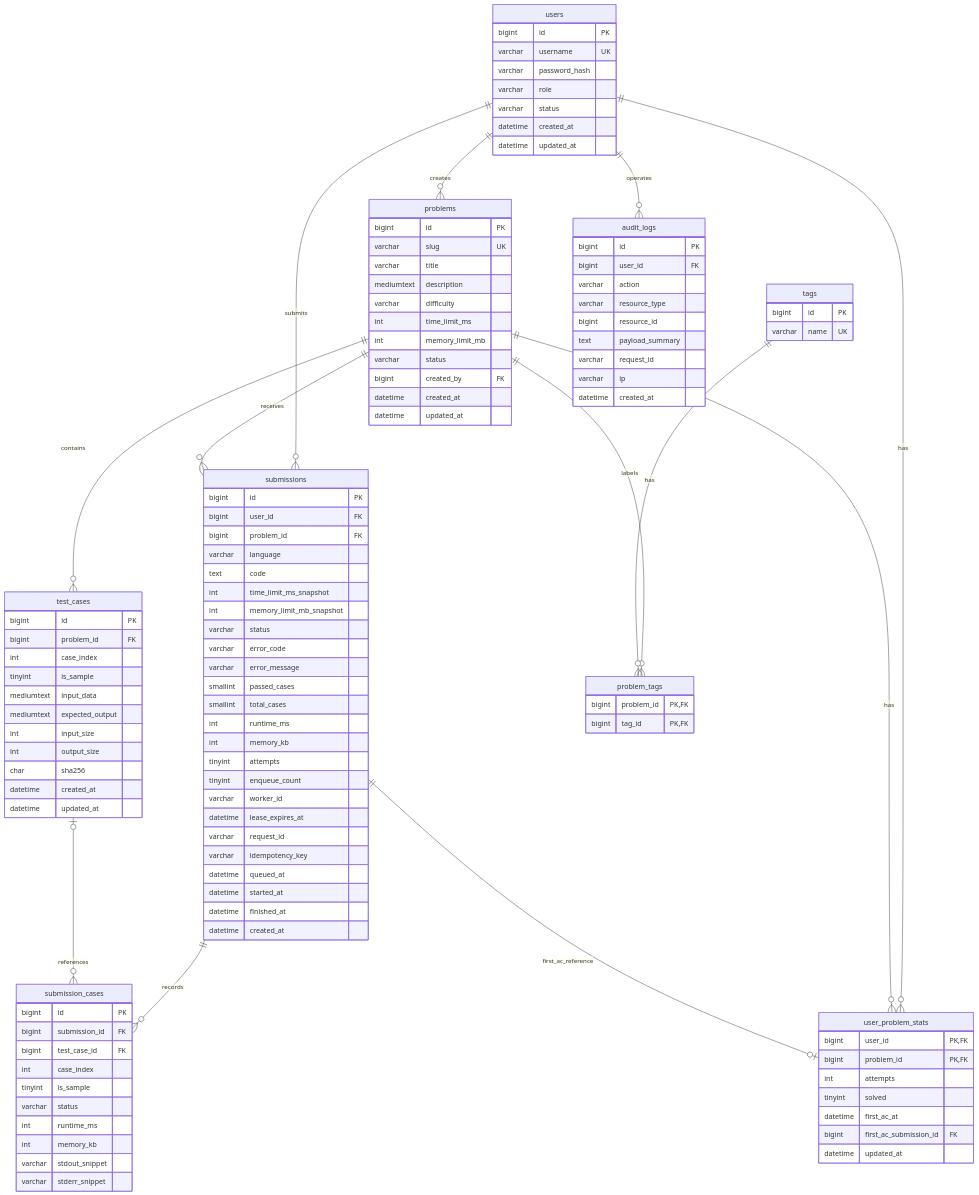
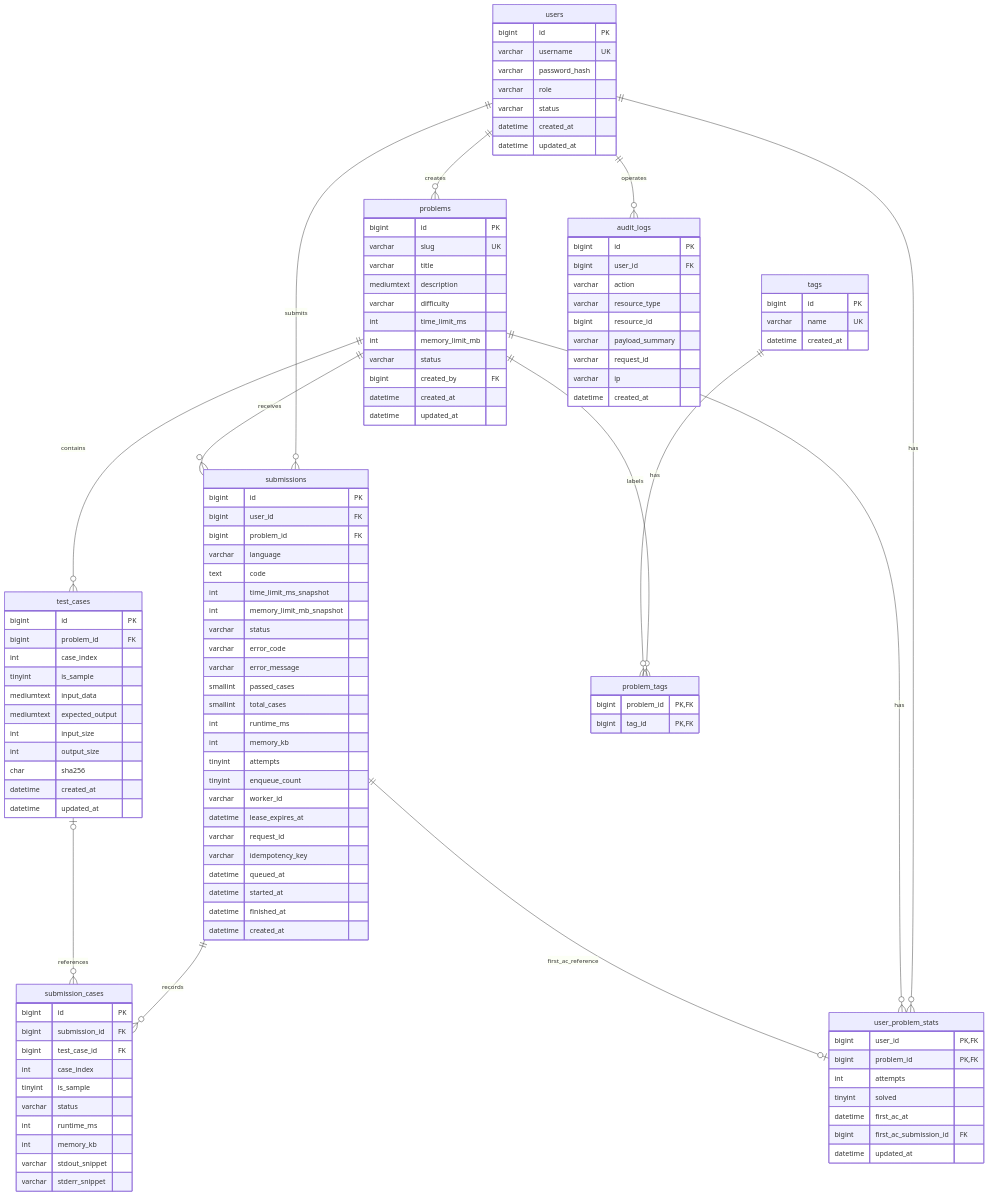
Before and after one commit to yuliang-1234567/Online-Judge-platform: the diagram in docs/figures/er.md, drawn with Mermaid. The commit also changed other lines of this file and 3 other files, not shown here.

```diff
--- a/docs/figures/er.md
+++ b/docs/figures/er.md
@@ -101,6 +101,7 @@
     tags {
         bigint id PK
         varchar name UK
+        datetime created_at
     }
     problem_tags {
         bigint problem_id PK, FK
@@ -112,7 +113,7 @@
         varchar action
         varchar resource_type
         bigint resource_id
-        text payload_summary
+        varchar payload_summary
         varchar request_id
         varchar ip
         datetime created_at
```
